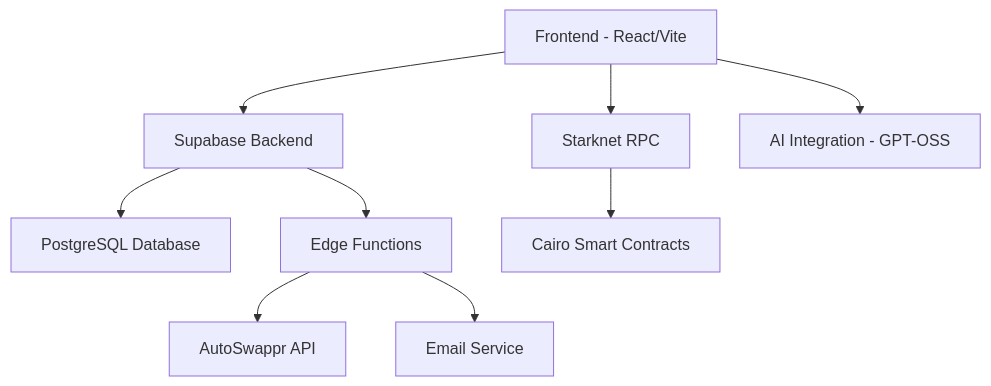
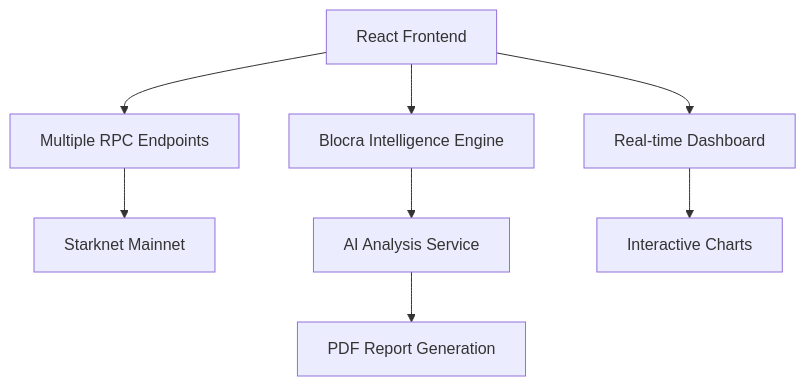
Before and after one commit to yosemite01/Starklytics-For-STARKNET: the diagram in README.md, drawn with Mermaid. The commit also changed other lines of this file, not shown here.

````diff
--- a/README.md
+++ b/README.md
@@ -163,11 +148,10 @@
 ```mermaid
 graph TB
-    A[Frontend - React/Vite] --> B[Supabase Backend]
-    A --> C[Starknet RPC]
-    B --> D[PostgreSQL Database]
-    B --> E[Edge Functions]
-    E --> F[AutoSwappr API]
-    E --> G[Email Service]
-    C --> H[Cairo Smart Contracts]
-    A --> I[AI Integration - GPT-OSS]
+    A[React Frontend] --> B[Multiple RPC Endpoints]
+    A --> C[Blocra Intelligence Engine]
+    B --> D[Starknet Mainnet]
+    C --> E[AI Analysis Service]
+    E --> F[PDF Report Generation]
+    A --> G[Real-time Dashboard]
+    G --> H[Interactive Charts]
 ```
````
